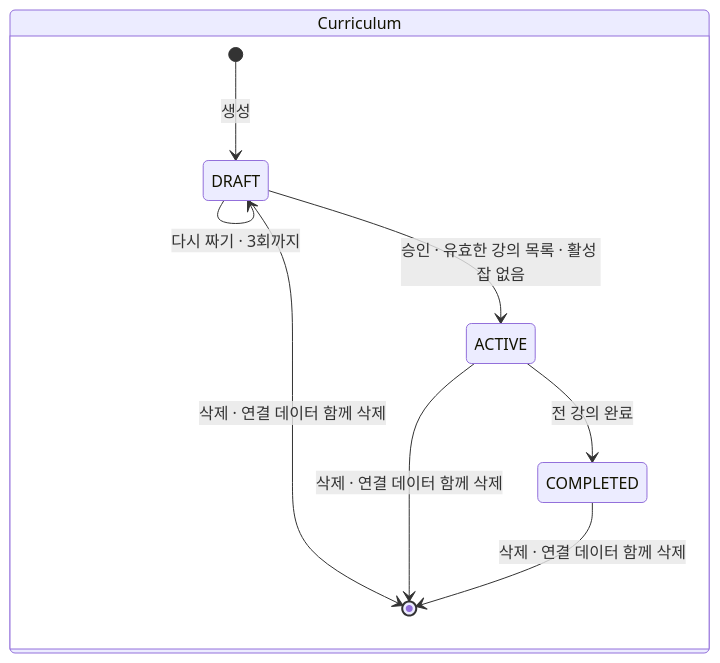
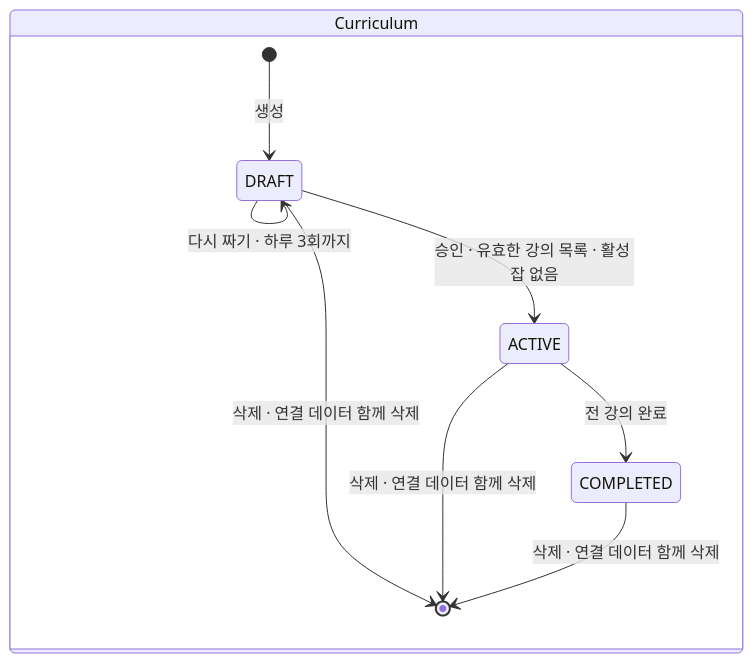
One commit to f-lab-edu/Mogum changed the second of 4 diagrams in docs/02-domain-data.md. Above: the diagram before and after it, drawn with Mermaid. The commit also changed other lines of this file and 11 other files, not shown here.

````diff
--- a/docs/02-domain-data.md
+++ b/docs/02-domain-data.md
@@ -43,13 +45,13 @@
 ```mermaid
 stateDiagram-v2
     direction LR
     state "Curriculum" as C {
         [*] --> DRAFT : 생성
-        DRAFT --> DRAFT : 다시 짜기 · 3회까지
+        DRAFT --> DRAFT : 다시 짜기 · 하루 3회까지
         DRAFT --> ACTIVE : 승인 · 유효한 강의 목록 · 활성 잡 없음
         DRAFT --> [*] : 삭제 · 연결 데이터 함께 삭제
         ACTIVE --> COMPLETED : 전 강의 완료
         ACTIVE --> [*] : 삭제 · 연결 데이터 함께 삭제
         COMPLETED --> [*] : 삭제 · 연결 데이터 함께 삭제
     }
 ```
````
